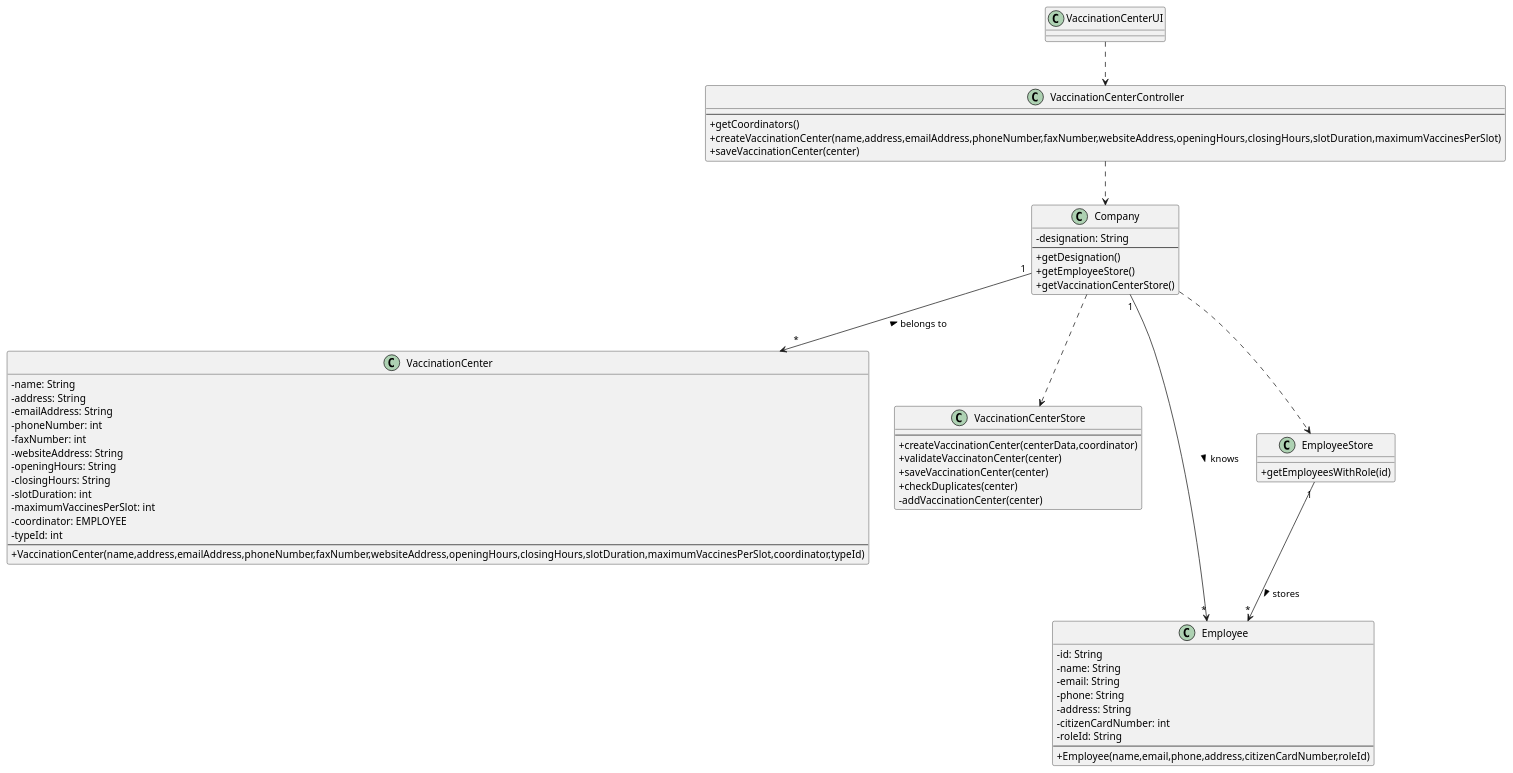
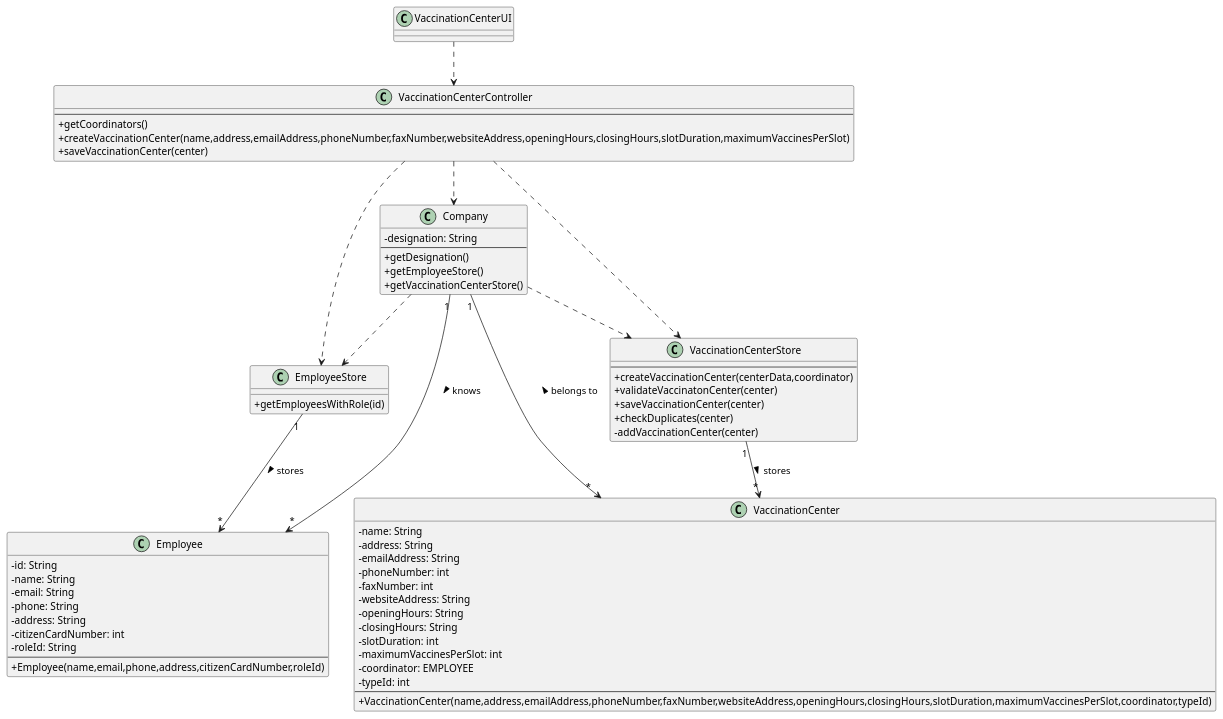
One commit to miseEnPlace-i/lapr2 changed the diagram in docs/SprintB/US09/CD/US09_CD.puml. Above: the diagram before and after it, drawn with PlantUML. The commit also changed 1 other file, not shown here.

```diff
--- a/docs/SprintB/US09/CD/US09_CD.puml
+++ b/docs/SprintB/US09/CD/US09_CD.puml
@@ -1,72 +1,75 @@
 @startuml US09_CD
 skinparam classAttributeIconSize 0
 
 class VaccinationCenter {
   - name: String
   - address: String
   - emailAddress: String
   - phoneNumber: int
   - faxNumber: int
   - websiteAddress: String
   - openingHours: String
   - closingHours: String
   - slotDuration: int
   - maximumVaccinesPerSlot: int
   - coordinator: EMPLOYEE
   - typeId: int
   ---
  +VaccinationCenter(name,address,emailAddress,phoneNumber,faxNumber,websiteAddress,openingHours,closingHours,slotDuration,maximumVaccinesPerSlot,coordinator,typeId)
 }
 
 
 class Company {
   -designation: String
   ---
   +getDesignation()
   +getEmployeeStore()
   +getVaccinationCenterStore()
 }
 
 class VaccinationCenterStore {
 ---
 +createVaccinationCenter(centerData,coordinator)
 +validateVaccinatonCenter(center)
 +saveVaccinationCenter(center)
 +checkDuplicates(center)
 -addVaccinationCenter(center)
 }
 
 class Employee {
   -id: String 
   -name: String 
   -email: String 
   -phone: String 
   -address: String 
   -citizenCardNumber: int 
   -roleId: String 
   ---
   +Employee(name,email,phone,address,citizenCardNumber,roleId)
 }
 
 class EmployeeStore {
   +getEmployeesWithRole(id)
 }
 
 class VaccinationCenterController {
   ---
   +getCoordinators()
   +createVaccinationCenter(name,address,emailAddress,phoneNumber,faxNumber,websiteAddress,openingHours,closingHours,slotDuration,maximumVaccinesPerSlot)
   +saveVaccinationCenter(center)
 }
 
 class VaccinationCenterUI {}
 
 VaccinationCenterUI ..> VaccinationCenterController
 VaccinationCenterController ..> Company
 Company "1" --> "*" VaccinationCenter : belongs to <
 Company ..> VaccinationCenterStore
 Company ..> EmployeeStore
 EmployeeStore "1" --> "*" Employee : stores >
 Company "1" --> "*" Employee : knows >
+VaccinationCenterController ..> VaccinationCenterStore
+VaccinationCenterController ..> EmployeeStore
+VaccinationCenterStore "1" --> "*" VaccinationCenter : stores >
 
 @enduml
```
